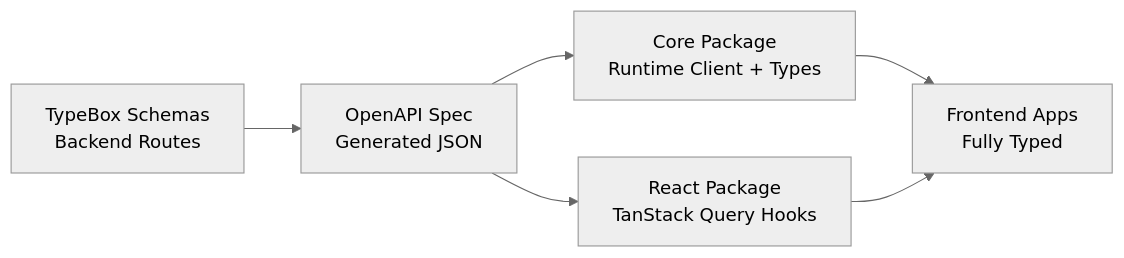
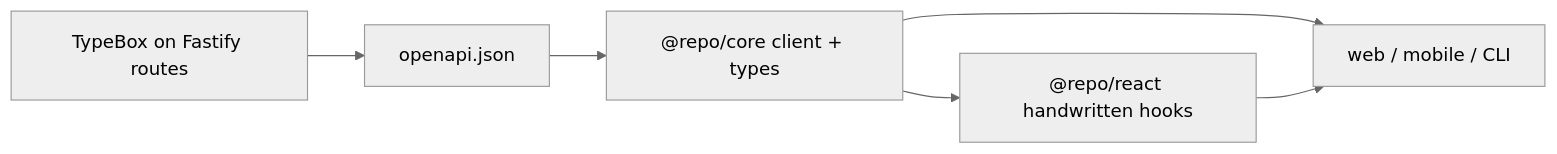
The diagram in apps/docu/content/docs/development/openapi-generation.mdx (blockmatic/basilic), drawn with Mermaid (neutral theme) before and after one commit. The commit also changed other lines of this file and 40 other files, not shown here.

````diff
--- a/apps/docu/content/docs/development/openapi-generation.mdx
+++ b/apps/docu/content/docs/development/openapi-generation.mdx
@@ -14,8 +8,8 @@
 ```mermaid
 flowchart LR
-  TypeBox[TypeBox Schemas<br/>Backend Routes] --> OpenAPI[OpenAPI Spec<br/>Generated JSON]
-  OpenAPI --> Core[Core Package<br/>Runtime Client + Types]
-  OpenAPI --> React[React Package<br/>TanStack Query Hooks]
-  Core --> Web[Frontend Apps<br/>Fully Typed]
-  React --> Web
+  TypeBox[TypeBox on Fastify routes] --> OpenAPI[openapi.json]
+  OpenAPI --> Core["@repo/core client + types"]
+  Core --> React["@repo/react handwritten hooks"]
+  Core --> Apps[web / mobile / CLI]
+  React --> Apps
 ```
````
